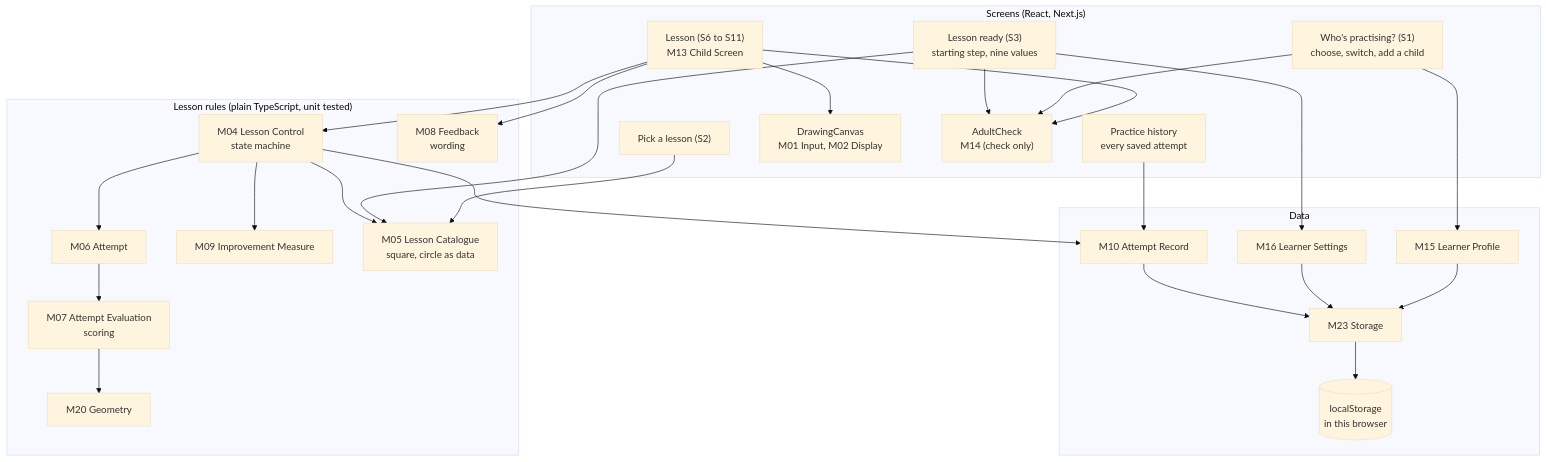
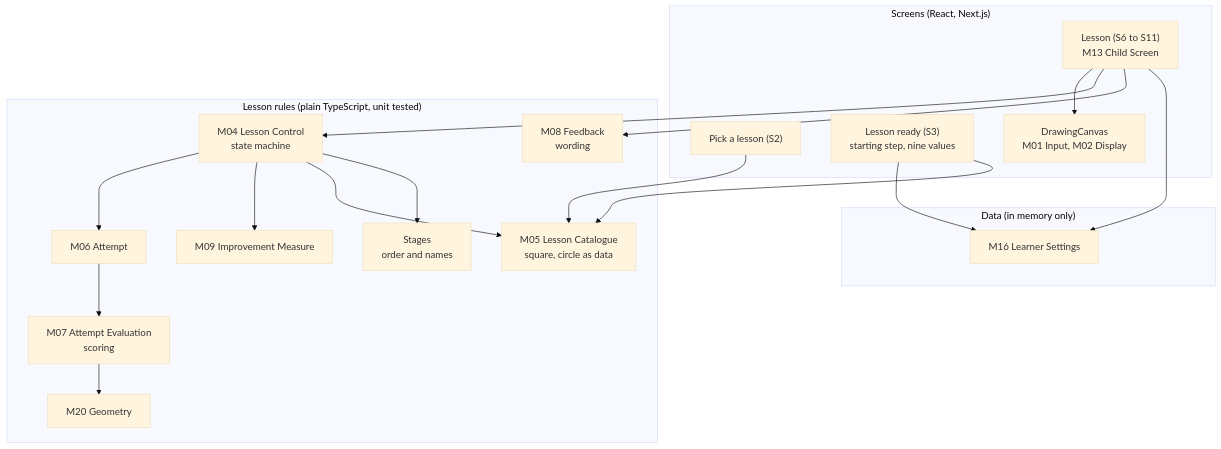
Before and after one commit to AHMEDELZARIA/squigglr: the first of 2 diagrams in src/POC-Implementation-Plan.md, drawn with Mermaid (base theme). The commit also changed other lines of this file and 52 other files, not shown here.

````diff
--- a/src/POC-Implementation-Plan.md
+++ b/src/POC-Implementation-Plan.md
@@ -60,54 +62,39 @@
 ```mermaid
 flowchart TD
   subgraph Screens["Screens (React, Next.js)"]
-    Children["Who's practising? (S1)<br/>choose, switch, add a child"]
     Lessons["Pick a lesson (S2)"]
     SettingsPage["Lesson ready (S3)<br/>starting step, nine values"]
-    RecordsPage["Practice history<br/>every saved attempt"]
     Lesson["Lesson (S6 to S11)<br/>M13 Child Screen"]
     Canvas["DrawingCanvas<br/>M01 Input, M02 Display"]
-    Check["AdultCheck<br/>M14 (check only)"]
   end
 
   subgraph Rules["Lesson rules (plain TypeScript, unit tested)"]
     Control["M04 Lesson Control<br/>state machine"]
     Attempt["M06 Attempt"]
     Evaluation["M07 Attempt Evaluation<br/>scoring"]
     Improvement["M09 Improvement Measure"]
     Catalogue["M05 Lesson Catalogue<br/>square, circle as data"]
+    Stages["Stages<br/>order and names"]
     Feedback["M08 Feedback<br/>wording"]
     Geometry["M20 Geometry"]
   end
 
-  subgraph Data["Data"]
-    Profiles["M15 Learner Profile"]
+  subgraph Data["Data (in memory only)"]
     Settings["M16 Learner Settings"]
-    Records["M10 Attempt Record"]
-    Storage["M23 Storage"]
-    LS[("localStorage<br/>in this browser")]
   end
 
   Lesson --> Canvas
   Lesson --> Control
   Lesson --> Feedback
-  Lesson --> Check
-  Children --> Profiles
-  Children --> Check
+  Lesson --> Settings
   Lessons --> Catalogue
   SettingsPage --> Settings
-  SettingsPage --> Check
   SettingsPage --> Catalogue
-  RecordsPage --> Records
 
   Control --> Attempt
   Control --> Improvement
   Control --> Catalogue
-  Control --> Records
+  Control --> Stages
   Attempt --> Evaluation
   Evaluation --> Geometry
-
-  Profiles --> Storage
-  Settings --> Storage
-  Records --> Storage
-  Storage --> LS
 ```
````
